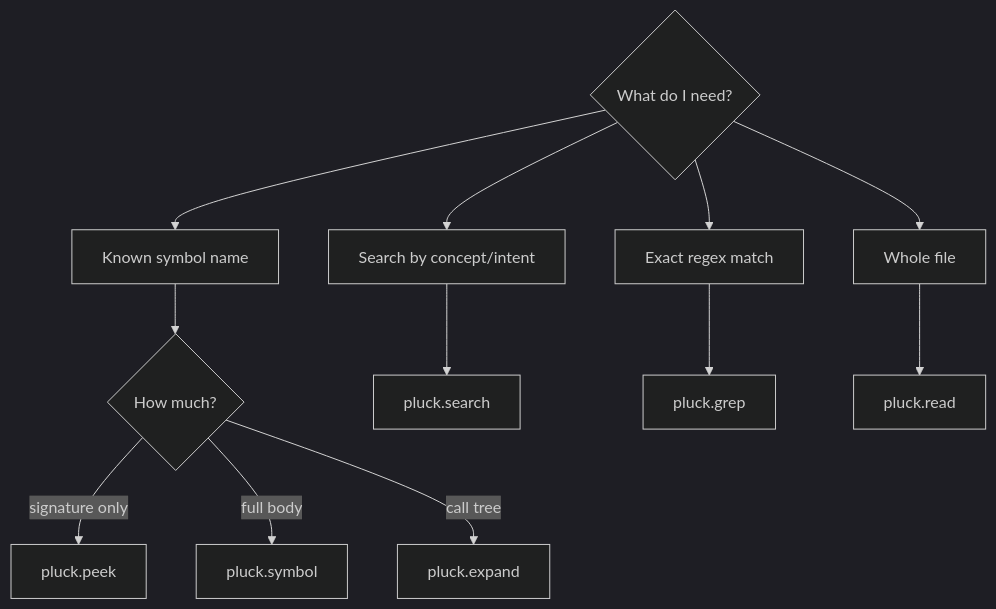
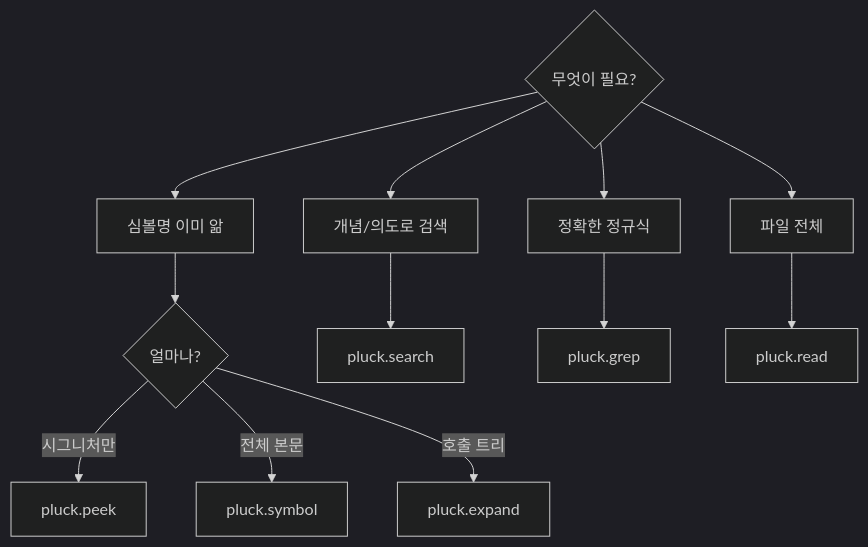
The third of 4 diagrams in README.ko.md (hunhee98/pluck), drawn with Mermaid (dark theme) before and after one commit. The commit also changed other lines of this file and 1 other file, not shown here.

````diff
--- a/README.ko.md
+++ b/README.ko.md
@@ -101,14 +106,14 @@
 ```mermaid
 flowchart TD
-  Q{What do I need?} --> A[Known symbol name]
-  Q --> B[Search by concept/intent]
-  Q --> C[Exact regex match]
-  Q --> D[Whole file]
-  A --> A1{How much?}
-  A1 -->|signature only| peek[pluck.peek]
-  A1 -->|full body| symbol[pluck.symbol]
-  A1 -->|call tree| expand[pluck.expand]
+  Q{무엇이 필요?} --> A[심볼명 이미 앎]
+  Q --> B[개념/의도로 검색]
+  Q --> C[정확한 정규식]
+  Q --> D[파일 전체]
+  A --> A1{얼마나?}
+  A1 -->|시그니처만| peek[pluck.peek]
+  A1 -->|전체 본문| symbol[pluck.symbol]
+  A1 -->|호출 트리| expand[pluck.expand]
   B --> search[pluck.search]
   C --> grep[pluck.grep]
   D --> read[pluck.read]
 ```
````
